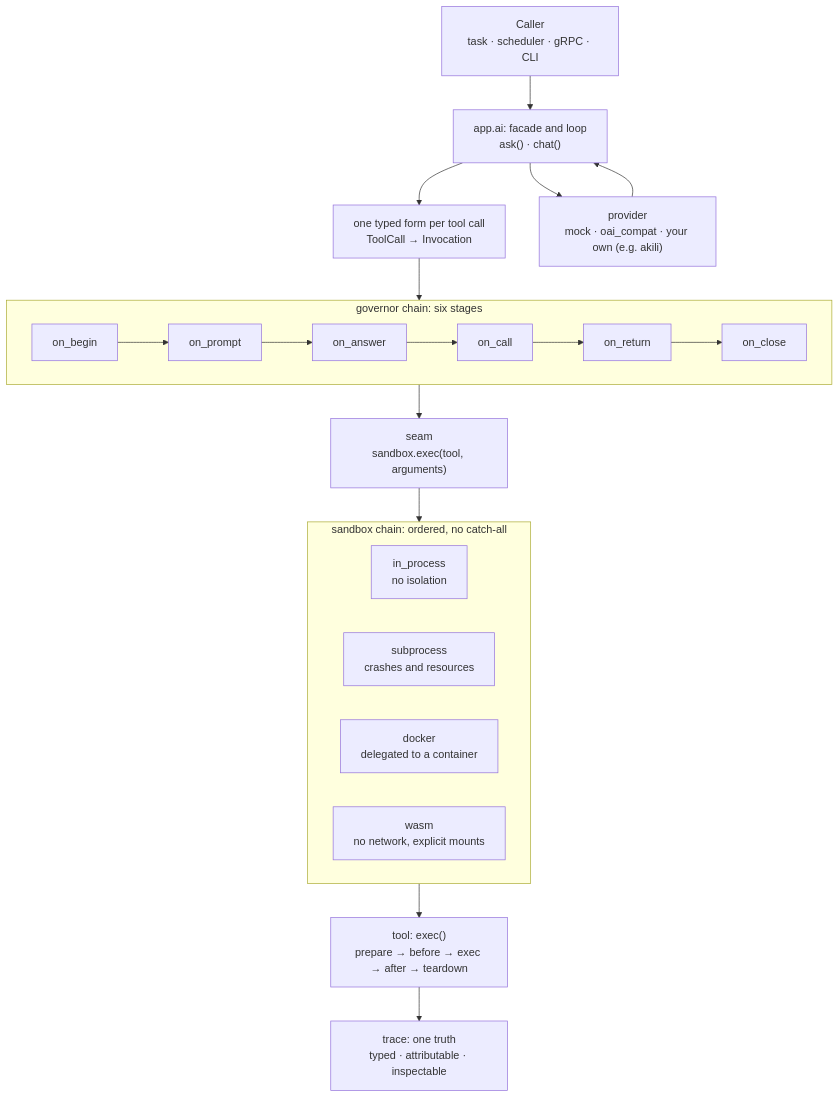
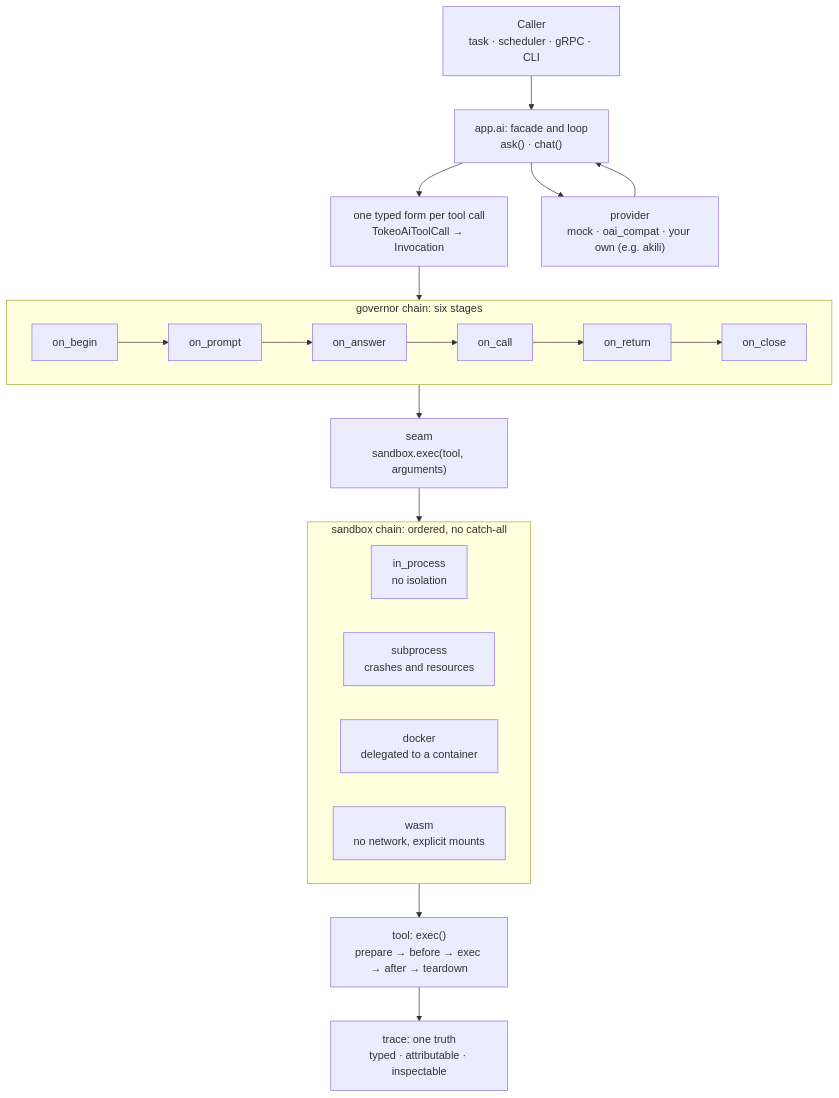
One commit to tokeo/fundi changed the diagram in MISSION.md. Above: the diagram before and after it, drawn with Mermaid. The commit also changed other lines of this file and 26 other files, not shown here.

Commit message:
mod: ai data names TokeoAiChatMessage, TokeoAiUsage, TokeoAiToolCall, TokeoAiChatResult and TokeoAiRunResult

````diff
--- a/MISSION.md
+++ b/MISSION.md
@@ -95,31 +95,31 @@
 ```mermaid
 flowchart TD
     Caller["Caller<br/>task · scheduler · gRPC · CLI"] --> Facade
 
     Facade["app.ai: facade and loop<br/>ask() · chat()"] --> Norm
-    Norm["one typed form per tool call<br/>ToolCall → Invocation"] --> Chain
+    Norm["one typed form per tool call<br/>TokeoAiToolCall → Invocation"] --> Chain
 
     subgraph Chain["governor chain: six stages"]
         direction LR
         G1["on_begin"] --> G2["on_prompt"] --> G3["on_answer"] --> G4["on_call"] --> G5["on_return"] --> G6["on_close"]
     end
 
     Chain --> Seam
     Seam["seam<br/>sandbox.exec(tool, arguments)"] --> SB
 
     subgraph SB["sandbox chain: ordered, no catch-all"]
         direction LR
         S1["in_process<br/>no isolation"]
         S2["subprocess<br/>crashes and resources"]
         S3["docker<br/>delegated to a container"]
         S4["wasm<br/>no network, explicit mounts"]
     end
 
     SB --> Tool["tool: exec()<br/>prepare → before → exec → after → teardown"]
     Tool --> Trace
 
     Facade --> Prov
     Prov["provider<br/>mock · oai_compat · your own (e.g. akili)"] --> Facade
 
     Trace["trace: one truth<br/>typed · attributable · inspectable"]
 ```
````
